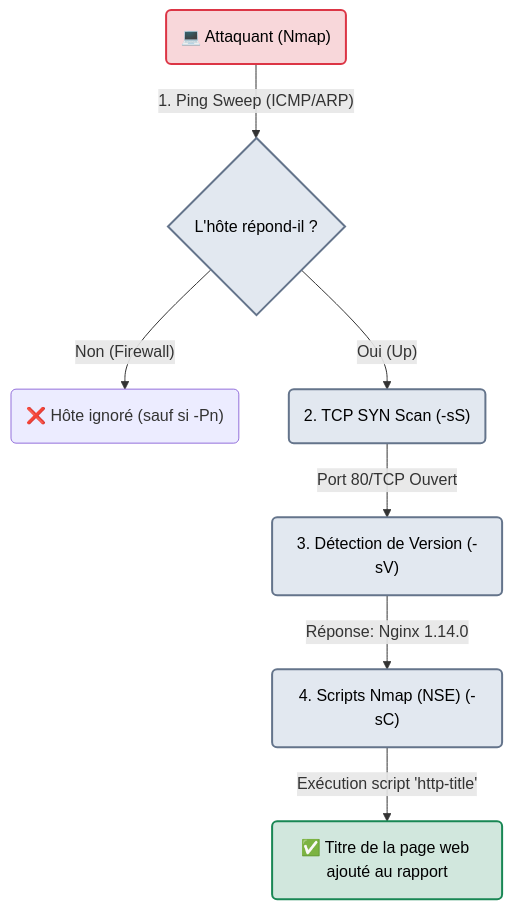
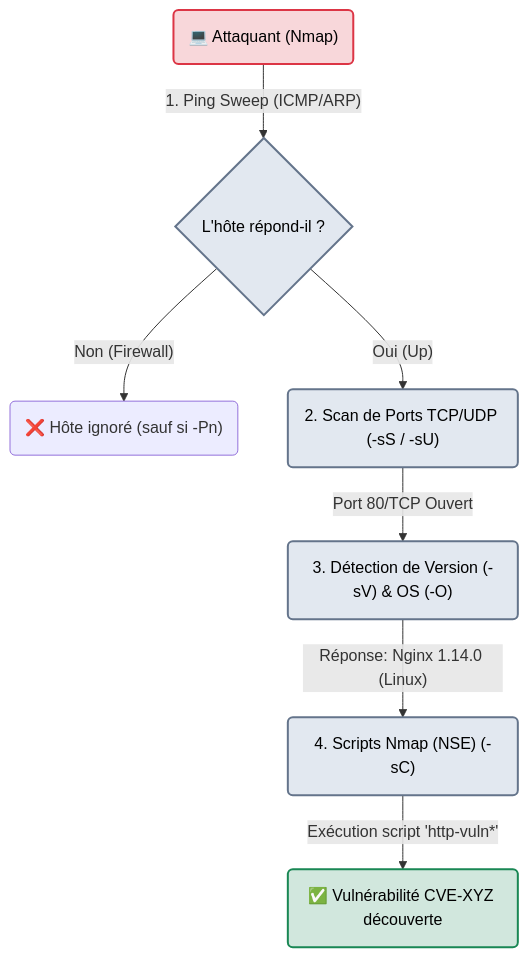
One commit to zyrass/omnydocs changed the diagram in docs/cyber/tools/network/nmap.md. Above: the diagram before and after it, drawn with Mermaid. The commit also changed other lines of this file and 1780 other files, not shown here.

````diff
--- a/docs/cyber/tools/network/nmap.md
+++ b/docs/cyber/tools/network/nmap.md
@@ -36,22 +38,22 @@
 ```mermaid
 flowchart TD
     %% Couleurs à fort contraste
     classDef attacker fill:#f8d7da,stroke:#dc3545,stroke-width:2px,color:#000
     classDef logic fill:#e2e8f0,stroke:#64748b,stroke-width:2px,color:#000
     classDef success fill:#d1e7dd,stroke:#198754,stroke-width:2px,color:#000
 
     A("💻 Attaquant (Nmap)") -->|"1. Ping Sweep (ICMP/ARP)"| B{"L'hôte répond-il ?"}
     
     B -->|"Non (Firewall)"| C("❌ Hôte ignoré (sauf si -Pn)")
-    B -->|"Oui (Up)"| D("2. TCP SYN Scan (-sS)")
+    B -->|"Oui (Up)"| D("2. Scan de Ports TCP/UDP (-sS / -sU)")
     
-    D -->|"Port 80/TCP Ouvert"| E("3. Détection de Version (-sV)")
+    D -->|"Port 80/TCP Ouvert"| E("3. Détection de Version (-sV) & OS (-O)")
     
-    E -->|"Réponse: Nginx 1.14.0"| F("4. Scripts Nmap (NSE) (-sC)")
+    E -->|"Réponse: Nginx 1.14.0 (Linux)"| F("4. Scripts Nmap (NSE) (-sC)")
     
-    F -->|"Exécution script 'http-title'"| G("✅ Titre de la page web ajouté au rapport")
+    F -->|"Exécution script 'http-vuln*'"| G("✅ Vulnérabilité CVE-XYZ découverte")
 
     class A attacker
     class B,D,E,F logic
     class G success
 ```
````
